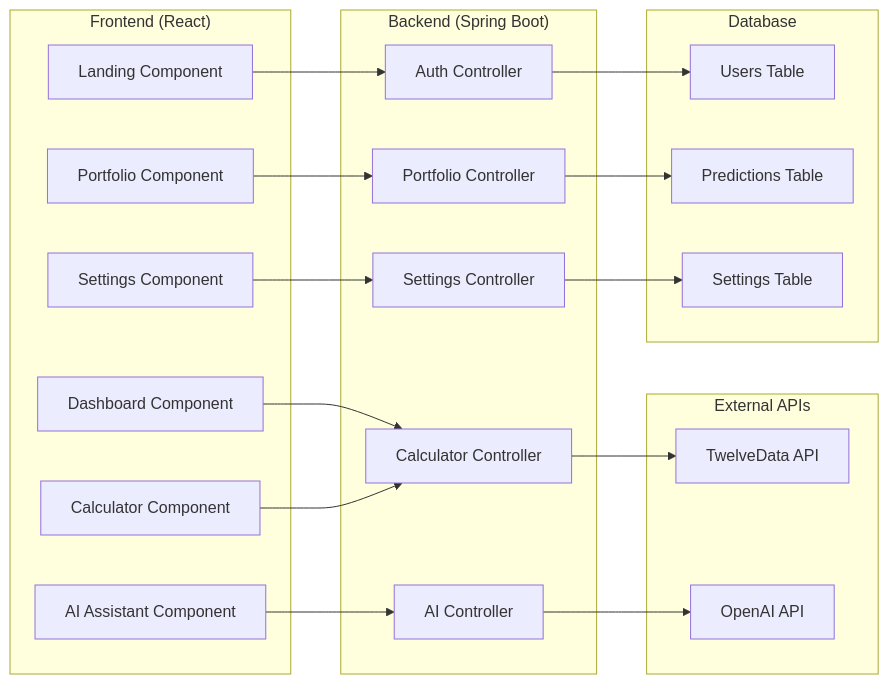
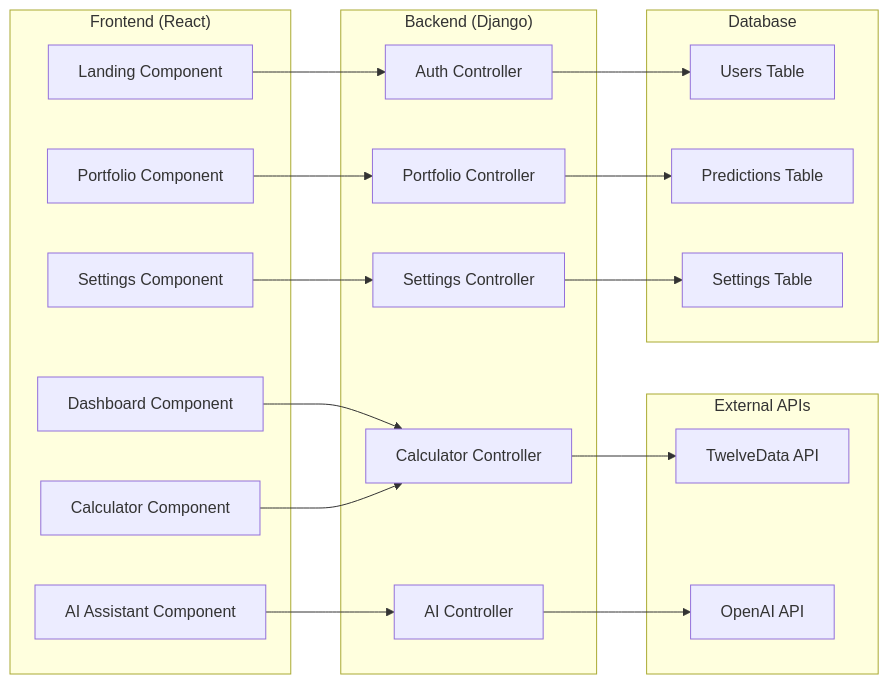
The second of 2 diagrams in UI_Flow_Diagram.md (BedheadProgrammer/FinanceBuddy), drawn with Mermaid before and after one commit. The commit also changed other lines of this file, not shown here.

````diff
--- a/UI_Flow_Diagram.md
+++ b/UI_Flow_Diagram.md
@@ -53,44 +53,44 @@
 ```mermaid
 graph LR
     subgraph "Frontend (React)"
         A[Landing Component]
         B[Dashboard Component]
         C[Calculator Component]
         D[Portfolio Component]
         E[AI Assistant Component]
         F[Settings Component]
     end
 
-    subgraph "Backend (Spring Boot)"
+    subgraph "Backend (Django)"
         G[Auth Controller]
         H[Calculator Controller]
         I[Portfolio Controller]
         J[AI Controller]
         K[Settings Controller]
     end
 
     subgraph "External APIs"
         L[TwelveData API]
         M[OpenAI API]
     end
 
     subgraph "Database"
         N[Users Table]
         O[Predictions Table]
         P[Settings Table]
     end
 
     A --> G
     B --> H
     C --> H
     D --> I
     E --> J
     F --> K
 
     H --> L
     J --> M
 
     G --> N
     I --> O
     K --> P
 ```
````
